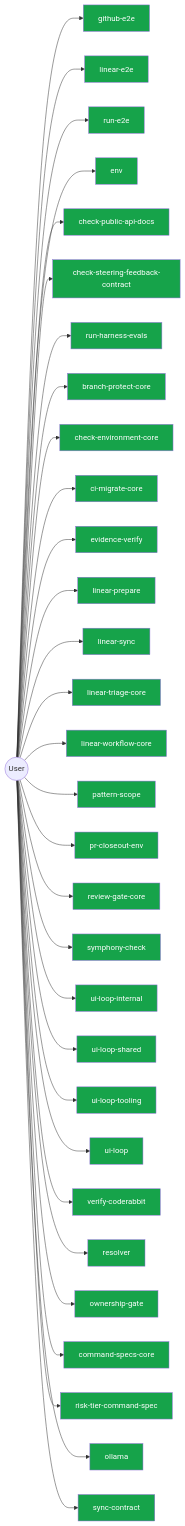
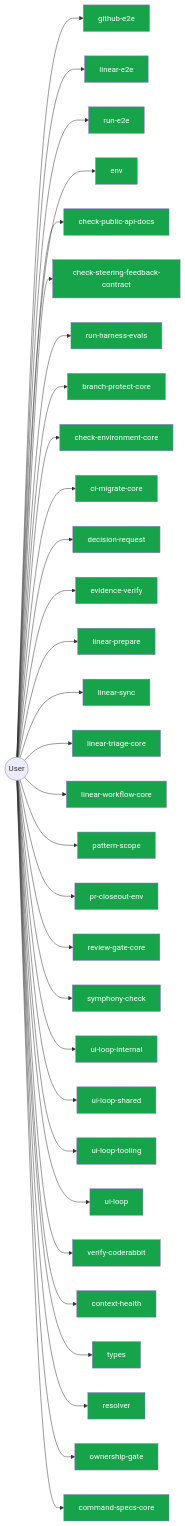
Diagram 14 of 14 in AI/context/diagram-context.md (jscraik/coding-harness), drawn with Mermaid before and after one commit. The commit also changed other lines of this file and 9 other files, not shown here.

First line of the commit message:
docs(architecture): refresh diagram context

````diff
--- a/AI/context/diagram-context.md
+++ b/AI/context/diagram-context.md
@@ -1366,67 +1440,67 @@
 ```mermaid
 flowchart LR
   User(("User"))
   github_e2e_2891a341["github-e2e"]
   User --> github_e2e_2891a341
   linear_e2e_decf3708["linear-e2e"]
   User --> linear_e2e_decf3708
   run_e2e_39efe696["run-e2e"]
   User --> run_e2e_39efe696
   env_b77349bf["env"]
   User --> env_b77349bf
   check_public_api_docs_a9604f1b["check-public-api-docs"]
   User --> check_public_api_docs_a9604f1b
   check_steering_feedback_contract_80134459["check-steering-feedback-contract"]
   User --> check_steering_feedback_contract_80134459
   run_harness_evals_77704768["run-harness-evals"]
   User --> run_harness_evals_77704768
   branch_protect_core_a8feb0fd["branch-protect-core"]
   User --> branch_protect_core_a8feb0fd
   check_environment_core_2c16213f["check-environment-core"]
   User --> check_environment_core_2c16213f
   ci_migrate_core_7005b5af["ci-migrate-core"]
   User --> ci_migrate_core_7005b5af
+  decision_request_118a770d["decision-request"]
+  User --> decision_request_118a770d
   evidence_verify_3b73c290["evidence-verify"]
   User --> evidence_verify_3b73c290
   linear_prepare_0c613ba6["linear-prepare"]
   User --> linear_prepare_0c613ba6
   linear_sync_a2fa2bf7["linear-sync"]
   User --> linear_sync_a2fa2bf7
   linear_triage_core_7cbca73e["linear-triage-core"]
   User --> linear_triage_core_7cbca73e
   linear_workflow_core_0e19cff4["linear-workflow-core"]
   User --> linear_workflow_core_0e19cff4
   pattern_scope_61ff946d["pattern-scope"]
   User --> pattern_scope_61ff946d
   pr_closeout_env_9bfcd9ef["pr-closeout-env"]
   User --> pr_closeout_env_9bfcd9ef
   review_gate_core_4c8001f9["review-gate-core"]
   User --> review_gate_core_4c8001f9
   symphony_check_e97f2ea0["symphony-check"]
   User --> symphony_check_e97f2ea0
   ui_loop_internal_f2eb8892["ui-loop-internal"]
   User --> ui_loop_internal_f2eb8892
   ui_loop_shared_8c83b841["ui-loop-shared"]
   User --> ui_loop_shared_8c83b841
   ui_loop_tooling_12b2d2c7["ui-loop-tooling"]
   User --> ui_loop_tooling_12b2d2c7
   ui_loop_11660889["ui-loop"]
   User --> ui_loop_11660889
   verify_coderabbit_490b4e71["verify-coderabbit"]
   User --> verify_coderabbit_490b4e71
+  context_health_1_ceb11829["context-health"]
+  User --> context_health_1_ceb11829
+  types_1_4ecdf56e["types"]
+  User --> types_1_4ecdf56e
   resolver_439c3635["resolver"]
   User --> resolver_439c3635
   ownership_gate_2e194d13["ownership-gate"]
   User --> ownership_gate_2e194d13
   command_specs_core_1c0ffc99["command-specs-core"]
   User --> command_specs_core_1c0ffc99
-  risk_tier_command_spec_127e876c["risk-tier-command-spec"]
-  User --> risk_tier_command_spec_127e876c
-  ollama_76e3c7bf["ollama"]
-  User --> ollama_76e3c7bf
-  sync_contract_c79fa191["sync-contract"]
-  User --> sync_contract_c79fa191
   classDef userNode fill:#16a34a,color:#fff
-  class github_e2e_2891a341,linear_e2e_decf3708,run_e2e_39efe696,env_b77349bf,check_public_api_docs_a9604f1b,check_steering_feedback_contract_80134459,run_harness_evals_77704768,branch_protect_core_a8feb0fd,check_environment_core_2c16213f,ci_migrate_core_7005b5af,evidence_verify_3b73c290,linear_prepare_0c613ba6,linear_sync_a2fa2bf7,linear_triage_core_7cbca73e,linear_workflow_core_0e19cff4,pattern_scope_61ff946d,pr_closeout_env_9bfcd9ef,review_gate_core_4c8001f9,symphony_check_e97f2ea0,ui_loop_internal_f2eb8892,ui_loop_shared_8c83b841,ui_loop_tooling_12b2d2c7,ui_loop_11660889,verify_coderabbit_490b4e71,resolver_439c3635,ownership_gate_2e194d13,command_specs_core_1c0ffc99,risk_tier_command_spec_127e876c,ollama_76e3c7bf,sync_contract_c79fa191 userNode
+  class github_e2e_2891a341,linear_e2e_decf3708,run_e2e_39efe696,env_b77349bf,check_public_api_docs_a9604f1b,check_steering_feedback_contract_80134459,run_harness_evals_77704768,branch_protect_core_a8feb0fd,check_environment_core_2c16213f,ci_migrate_core_7005b5af,decision_request_118a770d,evidence_verify_3b73c290,linear_prepare_0c613ba6,linear_sync_a2fa2bf7,linear_triage_core_7cbca73e,linear_workflow_core_0e19cff4,pattern_scope_61ff946d,pr_closeout_env_9bfcd9ef,review_gate_core_4c8001f9,symphony_check_e97f2ea0,ui_loop_internal_f2eb8892,ui_loop_shared_8c83b841,ui_loop_tooling_12b2d2c7,ui_loop_11660889,verify_coderabbit_490b4e71,context_health_1_ceb11829,types_1_4ecdf56e,resolver_439c3635,ownership_gate_2e194d13,command_specs_core_1c0ffc99 userNode
 
 ```
````
